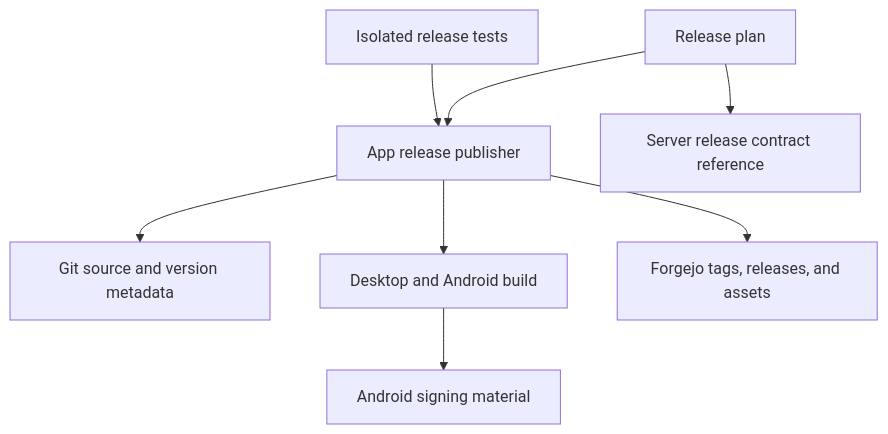
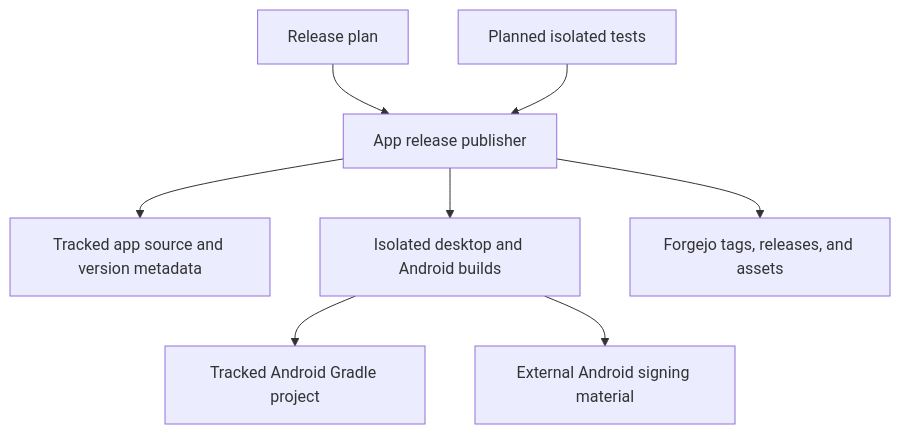
One commit to unskilled0218/ntr changed the diagram in tasks/32-align-app-release-process/3-plan-review.md. Above: the diagram before and after it, drawn with Mermaid. The commit also changed other lines of this file, not shown here.

Commit message:
Review updated app release plan

````diff
--- a/tasks/32-align-app-release-process/3-plan-review.md
+++ b/tasks/32-align-app-release-process/3-plan-review.md
@@ -24,10 +26,10 @@
 ```mermaid
 graph TD
   Plan[Release plan] --> Publisher[App release publisher]
-  Publisher --> Source[Git source and version metadata]
-  Publisher --> Build[Desktop and Android build]
-  Build --> Signing[Android signing material]
+  Publisher --> Source[Tracked app source and version metadata]
+  Publisher --> Build[Isolated desktop and Android builds]
+  Build --> Android[Tracked Android Gradle project]
+  Build --> Signing[External Android signing material]
   Publisher --> Forgejo[Forgejo tags, releases, and assets]
-  Tests[Isolated release tests] --> Publisher
-  Plan --> Server[Server release contract reference]
+  Tests[Planned isolated tests] --> Publisher
 ```
````
